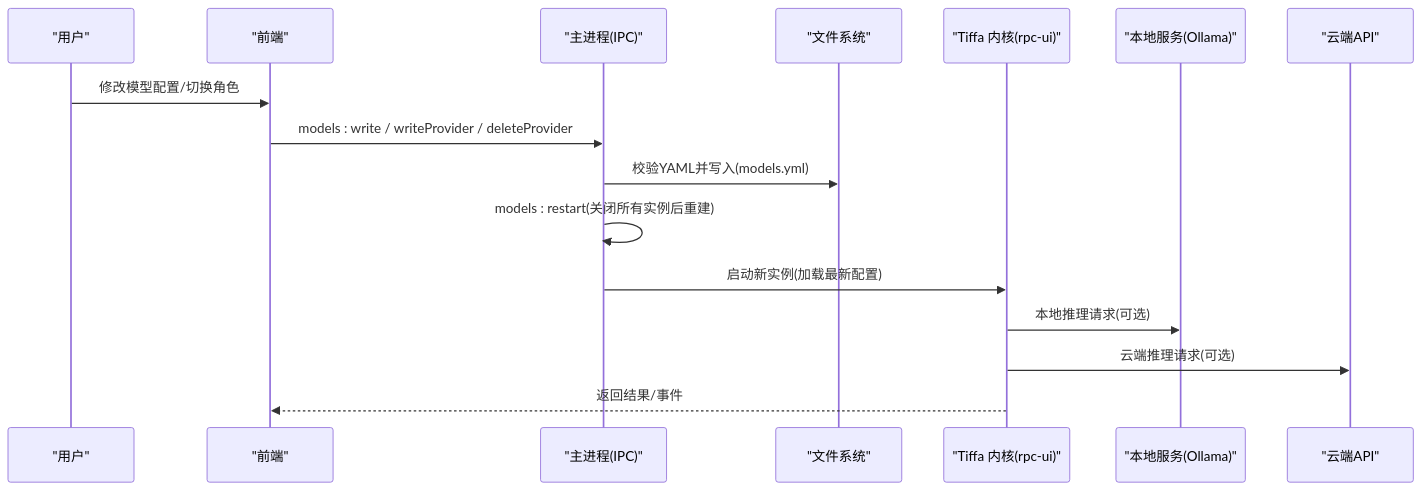
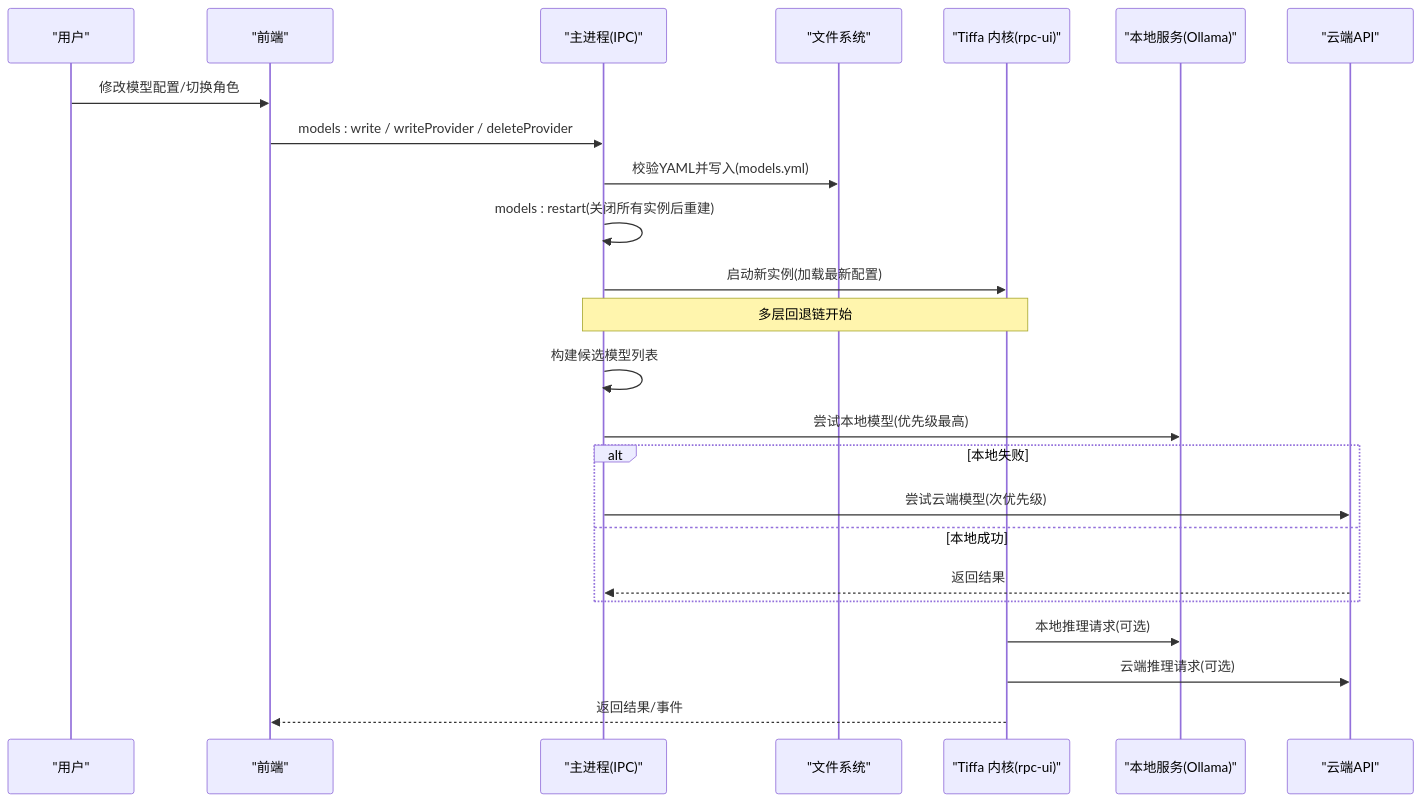
One commit to swond-Mao/Tiffa changed the second of 6 diagrams in .qoder/repowiki/zh/content/模型管理.md. Above: the diagram before and after it, drawn with Mermaid. The commit also changed other lines of this file and 25 other files, not shown here.

````diff
--- a/.qoder/repowiki/zh/content/模型管理.md
+++ b/.qoder/repowiki/zh/content/模型管理.md
@@ -78,18 +103,26 @@
 ```mermaid
 sequenceDiagram
 participant U as "用户"
 participant UI as "前端"
 participant M as "主进程(IPC)"
 participant F as "文件系统"
 participant C as "Tiffa 内核(rpc-ui)"
 participant L as "本地服务(Ollama)"
 participant R as "云端API"
 U->>UI : 修改模型配置/切换角色
 UI->>M : models : write / writeProvider / deleteProvider
 M->>F : 校验YAML并写入(models.yml)
 M->>M : models : restart(关闭所有实例后重建)
 M->>C : 启动新实例(加载最新配置)
+Note over M,C : 多层回退链开始
+M->>M : 构建候选模型列表
+M->>L : 尝试本地模型(优先级最高)
+alt 本地失败
+M->>R : 尝试云端模型(次优先级)
+else 本地成功
+R-->>M : 返回结果
+end
 C->>L : 本地推理请求(可选)
 C->>R : 云端推理请求(可选)
 C-->>UI : 返回结果/事件
 ```
````
